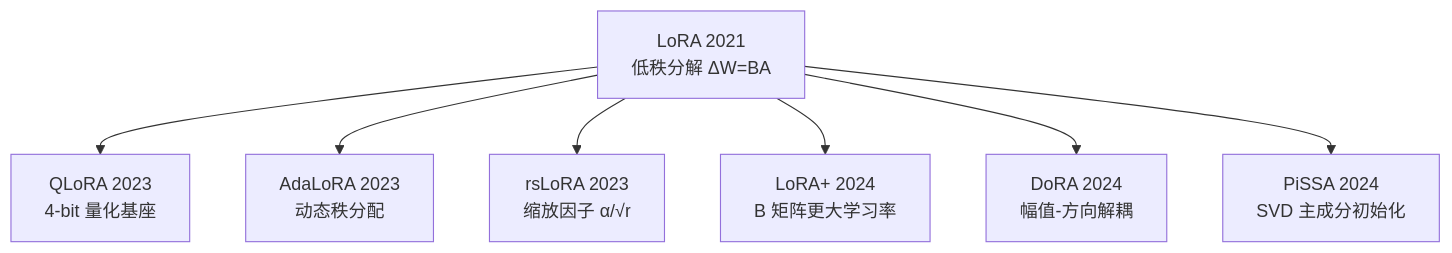
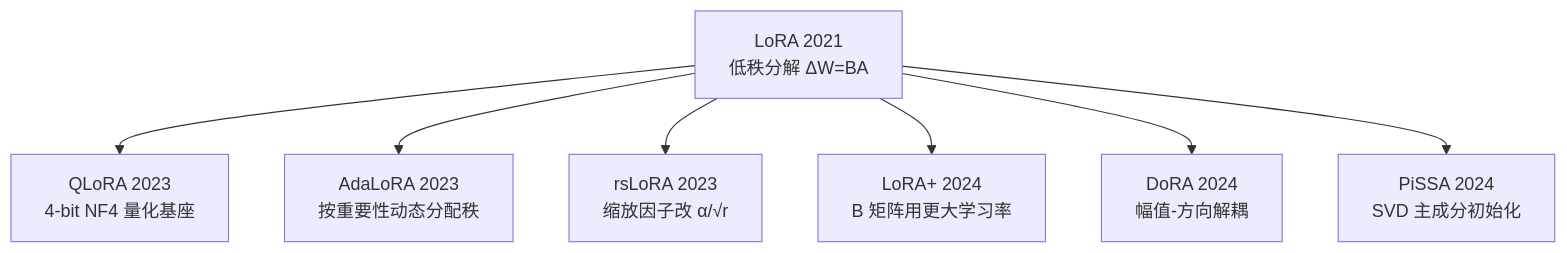
One commit to zhoujx4/llm-atlas changed the second of 3 diagrams in docs/lora/index.md. Above: the diagram before and after it, drawn with Mermaid. The commit also changed other lines of this file and 226 other files, not shown here.

````diff
--- a/docs/lora/index.md
+++ b/docs/lora/index.md
@@ -15,9 +27,9 @@
 ```mermaid
 flowchart TD
-    LORA[LoRA 2021<br/>低秩分解 ΔW=BA] --> QLORA[QLoRA 2023<br/>4-bit 量化基座]
-    LORA --> ADALORA[AdaLoRA 2023<br/>动态秩分配]
-    LORA --> RSLORA[rsLoRA 2023<br/>缩放因子 α/√r]
-    LORA --> LORAP[LoRA+ 2024<br/>B 矩阵更大学习率]
+    LORA[LoRA 2021<br/>低秩分解 ΔW=BA] --> QLORA[QLoRA 2023<br/>4-bit NF4 量化基座]
+    LORA --> ADALORA[AdaLoRA 2023<br/>按重要性动态分配秩]
+    LORA --> RSLORA[rsLoRA 2023<br/>缩放因子改 α/√r]
+    LORA --> LORAP[LoRA+ 2024<br/>B 矩阵用更大学习率]
     LORA --> DORA[DoRA 2024<br/>幅值-方向解耦]
     LORA --> PISSA[PiSSA 2024<br/>SVD 主成分初始化]
 ```
````
